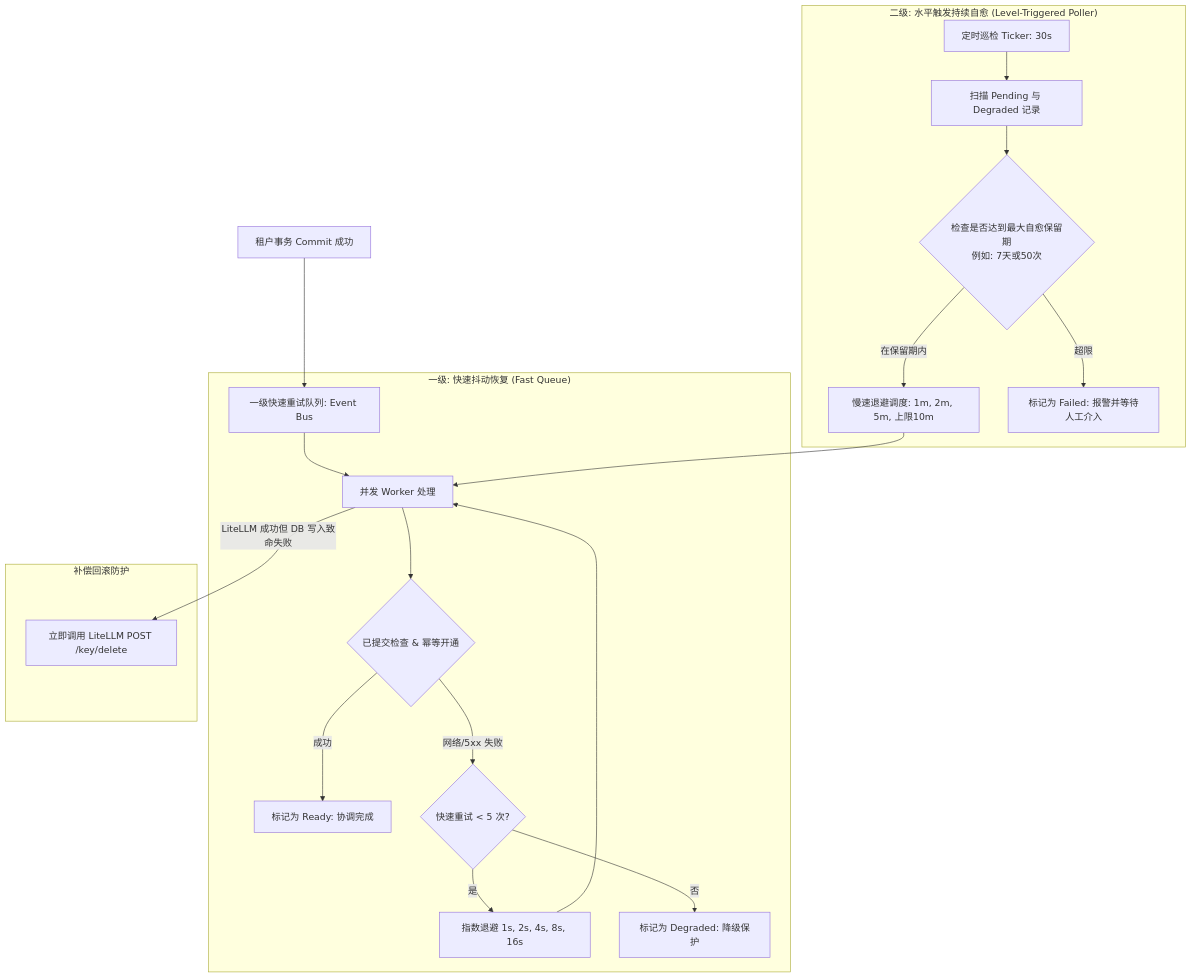
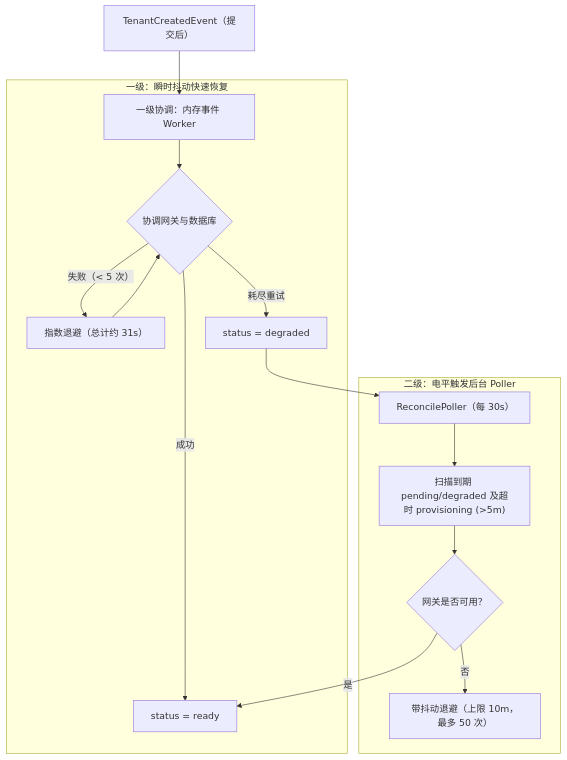
Before and after one commit to Sanderhoff-alt/oh-my-ragflow: the first of 3 diagrams in extensions/model-platform/implementation-plan.zh-CN.md, drawn with Mermaid. The commit also changed other lines of this file and 5 other files, not shown here.

First line of the commit message:
docs(model-platform): refactor architecture and design docs to living state

````diff
--- a/extensions/model-platform/implementation-plan.zh-CN.md
+++ b/extensions/model-platform/implementation-plan.zh-CN.md
@@ -337,25 +179,17 @@
 ```mermaid
 flowchart TD
-    CommitSuccess["租户事务 Commit 成功"] --> FastQueue["一级快速重试队列: Event Bus"]
-
-    subgraph Tier1 ["一级: 快速抖动恢复 (Fast Queue)"]
-        FastQueue --> Worker["并发 Worker 处理"]
-        Worker --> CheckCommit{"已提交检查 & 幂等开通"}
-        CheckCommit -->|成功| SetReady["标记为 Ready: 协调完成"]
-        CheckCommit -->|网络/5xx 失败| FastRetryCheck{"快速重试 < 5 次?"}
-        FastRetryCheck -->|是| Backoff1["指数退避 1s, 2s, 4s, 8s, 16s"] --> Worker
-        FastRetryCheck -->|否| SetDegraded["标记为 Degraded: 降级保护"]
+    CommitEvent["TenantCreatedEvent（提交后）"] --> Tier1Queue["一级协调：内存事件 Worker"]
+    subgraph Tier1 ["一级：瞬时抖动快速恢复"]
+        Tier1Queue --> TryReconcile{"协调网关与数据库"}
+        TryReconcile -->|"成功"| SetReady["status = ready"]
+        TryReconcile -->|"失败（< 5 次）"| Backoff1["指数退避（总计约 31s）"] --> TryReconcile
+        TryReconcile -->|"耗尽重试"| SetDegraded["status = degraded"]
     end
-
-    subgraph Tier2 ["二级: 水平触发持续自愈 (Level-Triggered Poller)"]
-        Ticker["定时巡检 Ticker: 30s"] --> Poller["扫描 Pending 与 Degraded 记录"]
-        Poller --> SlowRetryCheck{"检查是否达到最大自愈保留期<br>例如: 7天或50次"}
-        SlowRetryCheck -->|在保留期内| SlowBackoff["慢速退避调度: 1m, 2m, 5m, 上限10m"]
-        SlowBackoff --> Worker
-        SlowRetryCheck -->|超限| SetDead["标记为 Failed: 报警并等待人工介入"]
+    subgraph Tier2 ["二级：电平触发后台 Poller"]
+        Poller["ReconcilePoller（每 30s）"] --> FindDue["扫描到期 pending/degraded 及超时 provisioning (>5m)"]
+        FindDue --> TryHeal{"网关是否可用？"}
+        TryHeal -->|"是"| SetReady
+        TryHeal -->|"否"| Backoff2["带抖动退避（上限 10m，最多 50 次）"]
     end
-
-    subgraph RollbackGuard ["补偿回滚防护"]
-        Worker -->|LiteLLM 成功但 DB 写入致命失败| CompDelete["立即调用 LiteLLM POST /key/delete"]
-    end
+    SetDegraded --> Poller
 ```
````
